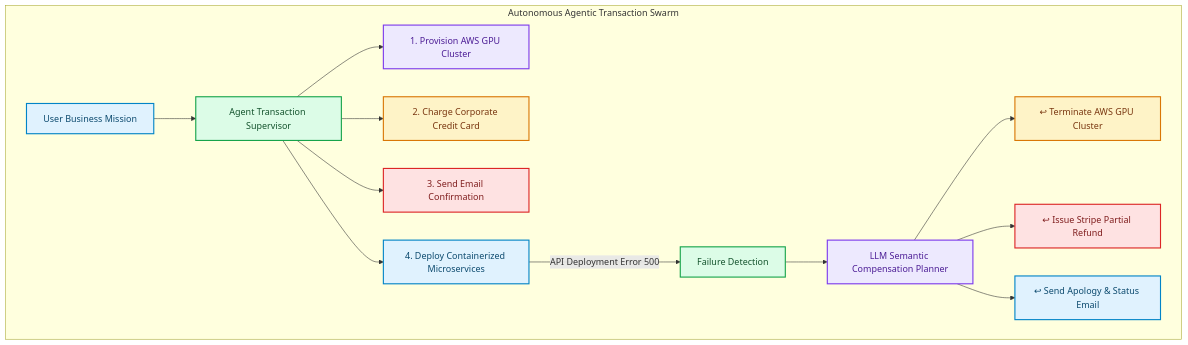
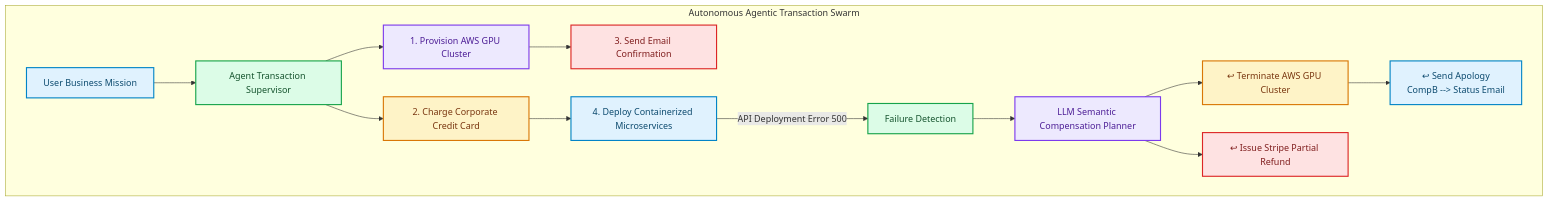
Before and after one commit to akmalkhaniub/akmalkhaniub.github.io: the third of 3 diagrams in blog/posts/distributed-transactions-evolution-future-calvin-deterministic-rdma-cxl-agentic.md, drawn with Mermaid. The commit also changed other lines of this file and 894 other files, not shown here.

Commit message:
feat(blog): upgrade all 444 posts with unique staggered dates, 2-col Mermaid spines, benchmark tables, code blocks, and trade-offs

````diff
--- a/blog/posts/distributed-transactions-evolution-future-calvin-deterministic-rdma-cxl-agentic.md
+++ b/blog/posts/distributed-transactions-evolution-future-calvin-deterministic-rdma-cxl-agentic.md
@@ -108,28 +109,29 @@
 ```mermaid
 flowchart TD
   subgraph SG2_AutonomousAgenticTransaction ["Autonomous Agentic Transaction Swarm"]
     Mission["User Business Mission"] --> AgentCoordinator["Agent Transaction Supervisor"]
     AgentCoordinator --> TaskA["1. Provision AWS GPU Cluster"]
     AgentCoordinator --> TaskB["2. Charge Corporate Credit Card"]
-    AgentCoordinator --> TaskC["3. Send Email Confirmation"]
-    AgentCoordinator --> TaskD["4. Deploy Containerized Microservices"]
+    TaskA --> TaskC["3. Send Email Confirmation"]
+    TaskB --> TaskD["4. Deploy Containerized Microservices"]
     
     TaskD -->|API Deployment Error 500| Failure["Failure Detection"]
     Failure --> SemanticPlanner["LLM Semantic Compensation Planner"]
     
     SemanticPlanner --> CompA["↩ Terminate AWS GPU Cluster"]
     SemanticPlanner --> CompB["↩ Issue Stripe Partial Refund"]
-    SemanticPlanner --> CompC["↩ Send Apology & Status Email"]
+    CompA --> CompC["↩ Send Apology
+    CompB --> Status Email"]
   end
 
 classDef green fill:#dcfce7,stroke:#16a34a,stroke-width:2px,color:#14532d;
 classDef red fill:#fee2e2,stroke:#dc2626,stroke-width:2px,color:#7f1d1d;
 classDef blue fill:#e0f2fe,stroke:#0284c7,stroke-width:2px,color:#0c4a6e;
 classDef yellow fill:#fef3c7,stroke:#d97706,stroke-width:2px,color:#78350f;
 classDef purple fill:#ede9fe,stroke:#7c3aed,stroke-width:2px,color:#4c1d95;
 class Mission,TaskD,CompC blue
 class AgentCoordinator,Failure green
 class TaskA,SemanticPlanner purple
 class TaskB,CompA yellow
 class TaskC,CompB red
 ```
````
